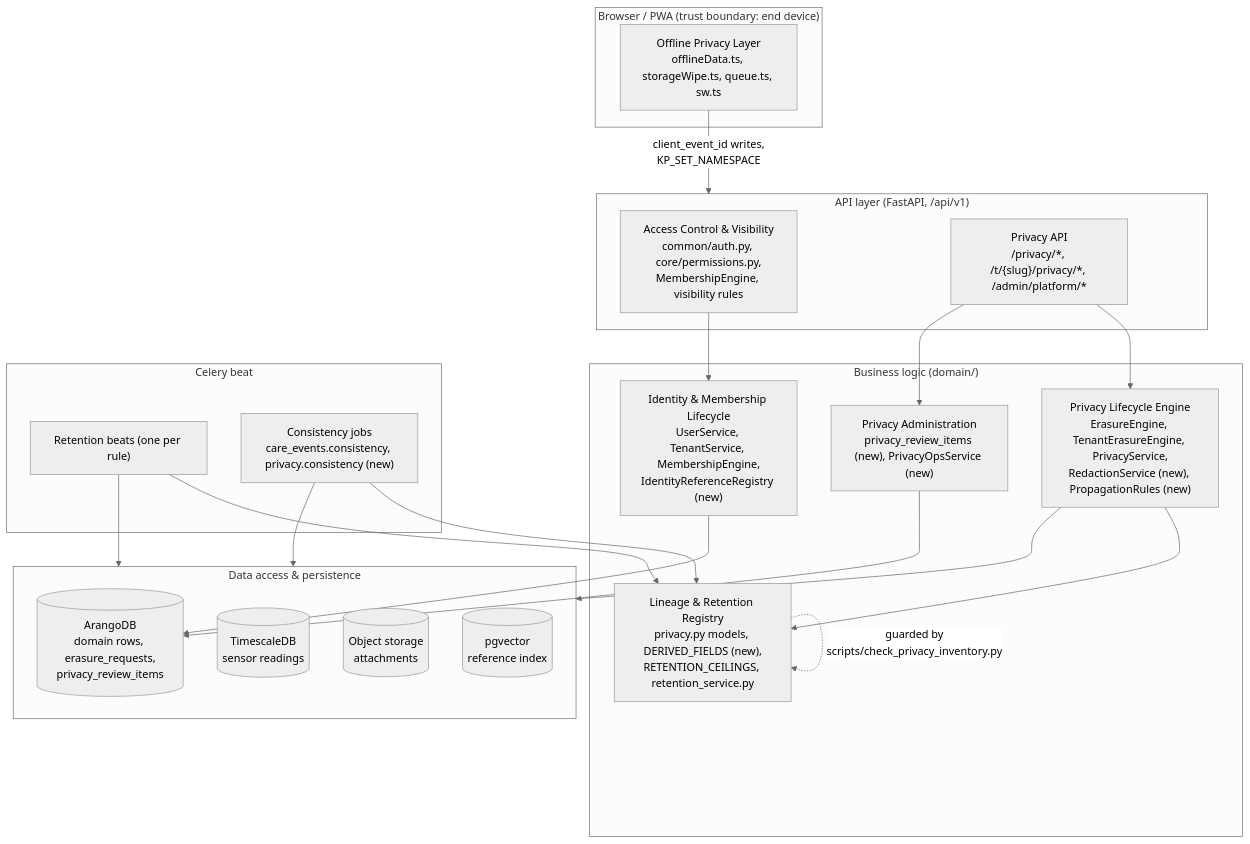
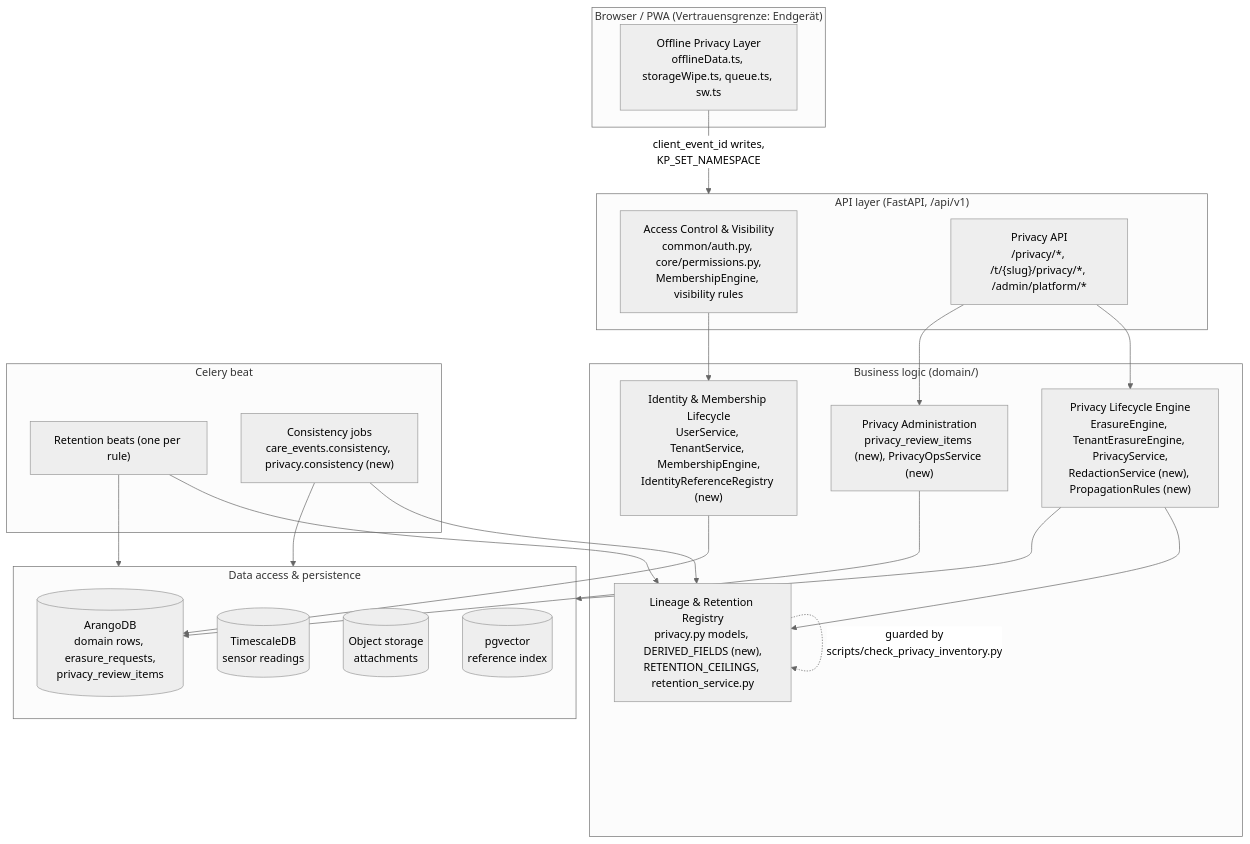
One commit to nolte/kamerplanter changed the first of 6 diagrams in spec/privacy/01-privacy-architecture.md. Above: the diagram before and after it, drawn with Mermaid (neutral theme). The commit also changed other lines of this file and 13 other files, not shown here.

````diff
--- a/spec/privacy/01-privacy-architecture.md
+++ b/spec/privacy/01-privacy-architecture.md
@@ -115,44 +123,44 @@
 ```mermaid
 flowchart TB
-    subgraph Client["Browser / PWA (trust boundary: end device)"]
+    subgraph Client["Browser / PWA (Vertrauensgrenze: Endgerät)"]
         OPL["Offline Privacy Layer<br/>offlineData.ts, storageWipe.ts, queue.ts, sw.ts"]
     end
 
     subgraph API["API layer (FastAPI, /api/v1)"]
         AUTH["Access Control & Visibility<br/>common/auth.py, core/permissions.py,<br/>MembershipEngine, visibility rules"]
         PRIVAPI["Privacy API<br/>/privacy/*, /t/{slug}/privacy/*, /admin/platform/*"]
     end
 
     subgraph Domain["Business logic (domain/)"]
         IML["Identity & Membership Lifecycle<br/>UserService, TenantService, MembershipEngine,<br/>IdentityReferenceRegistry (new)"]
         PLE["Privacy Lifecycle Engine<br/>ErasureEngine, TenantErasureEngine, PrivacyService,<br/>RedactionService (new), PropagationRules (new)"]
         REG["Lineage & Retention Registry<br/>privacy.py models, DERIVED_FIELDS (new),<br/>RETENTION_CEILINGS, retention_service.py"]
         PADM["Privacy Administration<br/>privacy_review_items (new), PrivacyOpsService (new)"]
     end
 
     subgraph Data["Data access & persistence"]
         ARANGO[("ArangoDB<br/>domain rows, erasure_requests,<br/>privacy_review_items")]
         TSDB[("TimescaleDB<br/>sensor readings")]
         OBJ[("Object storage<br/>attachments")]
         PGV[("pgvector<br/>reference index")]
     end
 
     subgraph Jobs["Celery beat"]
         RET["Retention beats (one per rule)"]
         CONS["Consistency jobs<br/>care_events.consistency, privacy.consistency (new)"]
     end
 
     OPL -- "client_event_id writes,<br/>KP_SET_NAMESPACE" --> API
     AUTH --> IML
     PRIVAPI --> PLE
     PRIVAPI --> PADM
     PLE --> REG
     PLE --> Data
     IML --> ARANGO
     PADM --> ARANGO
     RET --> REG
     RET --> Data
     CONS --> REG
     CONS --> Data
     REG -. "guarded by<br/>scripts/check_privacy_inventory.py" .-> REG
 ```
````
